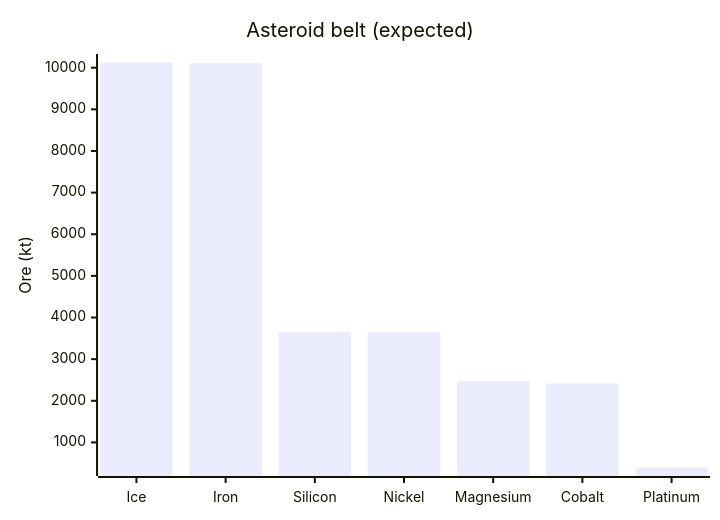
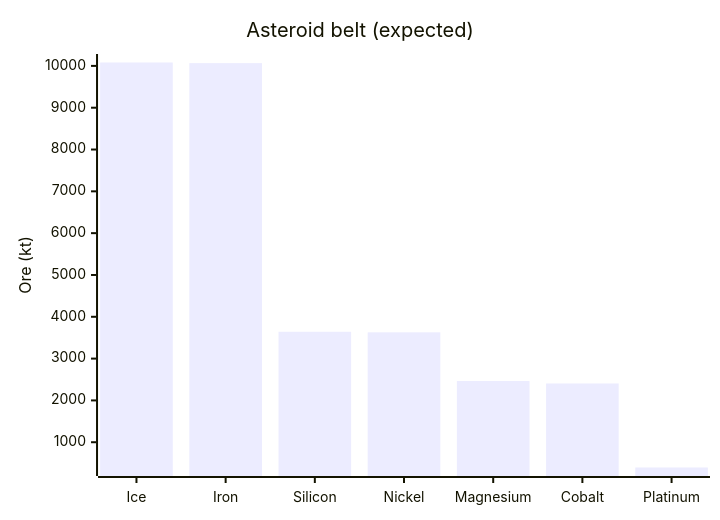
The third of 4 diagrams in octahedron/ORES.md (CometWorks/worlds), drawn with Mermaid before and after one commit. The commit also changed other lines of this file and 2005 other files, not shown here.

````diff
--- a/octahedron/ORES.md
+++ b/octahedron/ORES.md
@@ -91,7 +91,7 @@
 ```mermaid
 xychart-beta
     title "Asteroid belt (expected)"
     x-axis ["Ice", "Iron", "Silicon", "Nickel", "Magnesium", "Cobalt", "Platinum"]
     y-axis "Ore (kt)"
-    bar [10125.1, 10110.5, 3656.9, 3643.7, 2474.0, 2415.5, 397.3]
+    bar [10081.2, 10066.6, 3641.0, 3627.9, 2463.3, 2405.0, 395.6]
 ```
````
